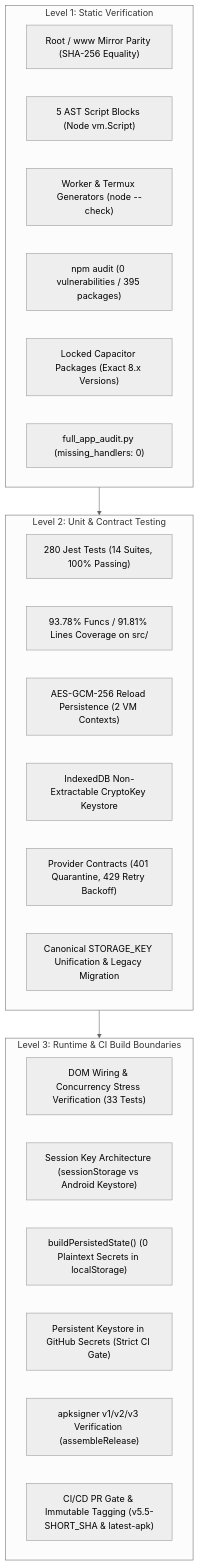
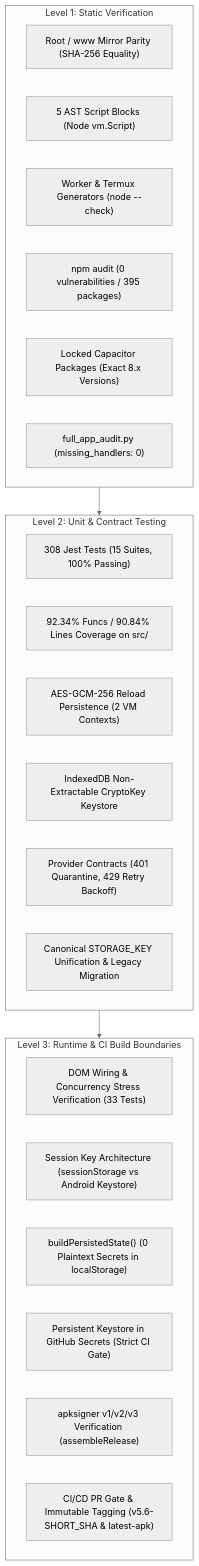
Before and after one commit to dicardotr46-max/EG-Nexus-OS: the first of 2 diagrams in AUDIT_REPORT.md, drawn with Mermaid (neutral theme). The commit also changed other lines of this file and 17 other files, not shown here.

````diff
--- a/AUDIT_REPORT.md
+++ b/AUDIT_REPORT.md
@@ -21,32 +21,32 @@
 ```mermaid
 flowchart TD
     subgraph LEVEL_1["Level 1: Static Verification"]
         PARITY["Root / www Mirror Parity (SHA-256 Equality)"]
         AST["5 AST Script Blocks (Node vm.Script)"]
         TMPL["Worker & Termux Generators (node --check)"]
         NPM["npm audit (0 vulnerabilities / 395 packages)"]
         PINS["Locked Capacitor Packages (Exact 8.x Versions)"]
         PARSER["full_app_audit.py (missing_handlers: 0)"]
     end
 
     subgraph LEVEL_2["Level 2: Unit & Contract Testing"]
-        JEST["280 Jest Tests (14 Suites, 100% Passing)"]
-        COV["93.78% Funcs / 91.81% Lines Coverage on src/"]
+        JEST["308 Jest Tests (15 Suites, 100% Passing)"]
+        COV["92.34% Funcs / 90.84% Lines Coverage on src/"]
         RELOAD["AES-GCM-256 Reload Persistence (2 VM Contexts)"]
         IDB_KEY["IndexedDB Non-Extractable CryptoKey Keystore"]
         PROVIDER["Provider Contracts (401 Quarantine, 429 Retry Backoff)"]
         STORAGE_UNIF["Canonical STORAGE_KEY Unification & Legacy Migration"]
     end
 
     subgraph LEVEL_3["Level 3: Runtime & CI Build Boundaries"]
         DOM_WIRING["DOM Wiring & Concurrency Stress Verification (33 Tests)"]
         SESSION["Session Key Architecture (sessionStorage vs Android Keystore)"]
         STRIP["buildPersistedState() (0 Plaintext Secrets in localStorage)"]
         SECRETS_GATE["Persistent Keystore in GitHub Secrets (Strict CI Gate)"]
         SIGN["apksigner v1/v2/v3 Verification (assembleRelease)"]
-        GATE["CI/CD PR Gate & Immutable Tagging (v5.5-SHORT_SHA & latest-apk)"]
+        GATE["CI/CD PR Gate & Immutable Tagging (v5.6-SHORT_SHA & latest-apk)"]
     end
 
     LEVEL_1 --> LEVEL_2
     LEVEL_2 --> LEVEL_3
 ```
````
